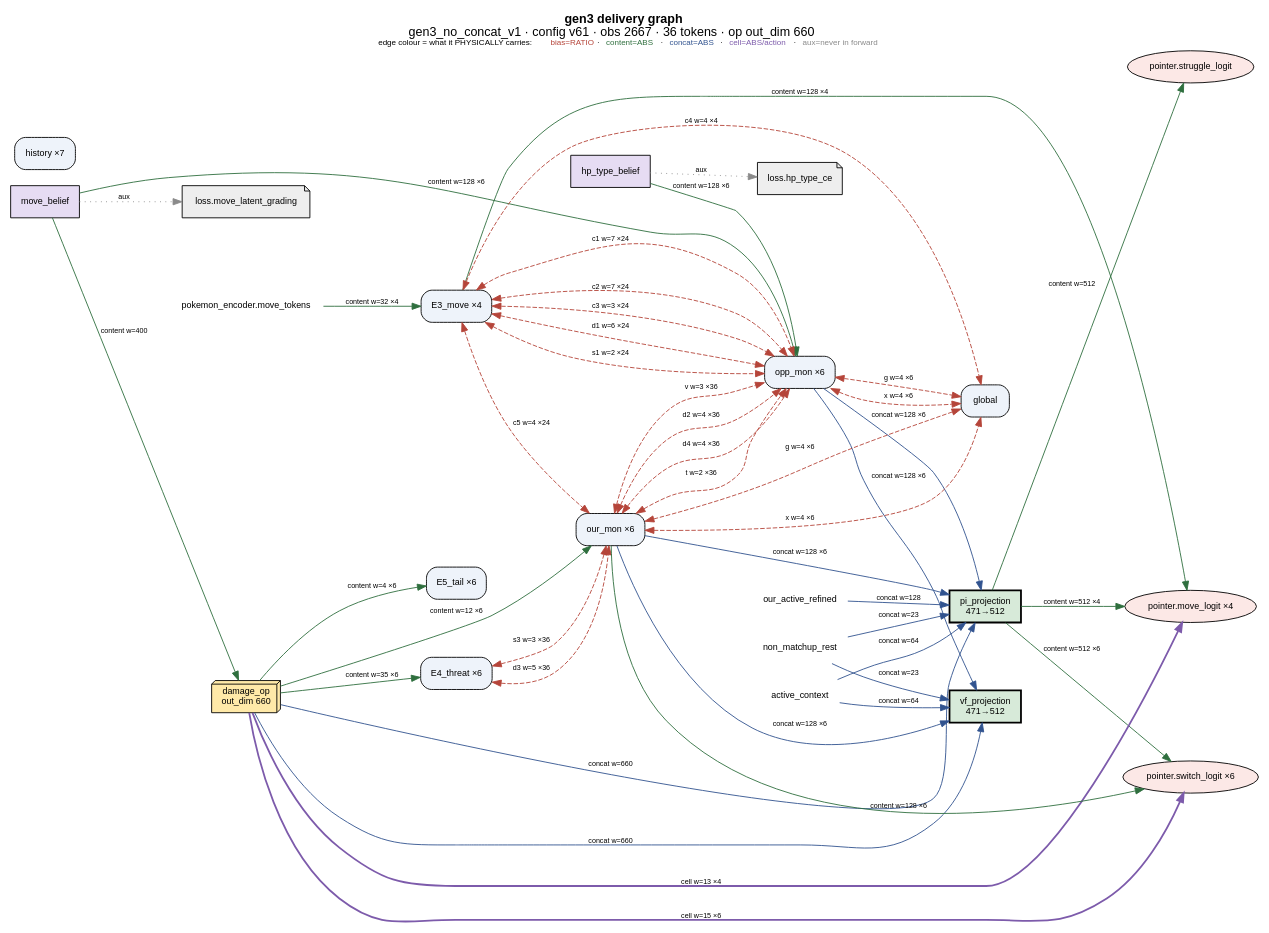
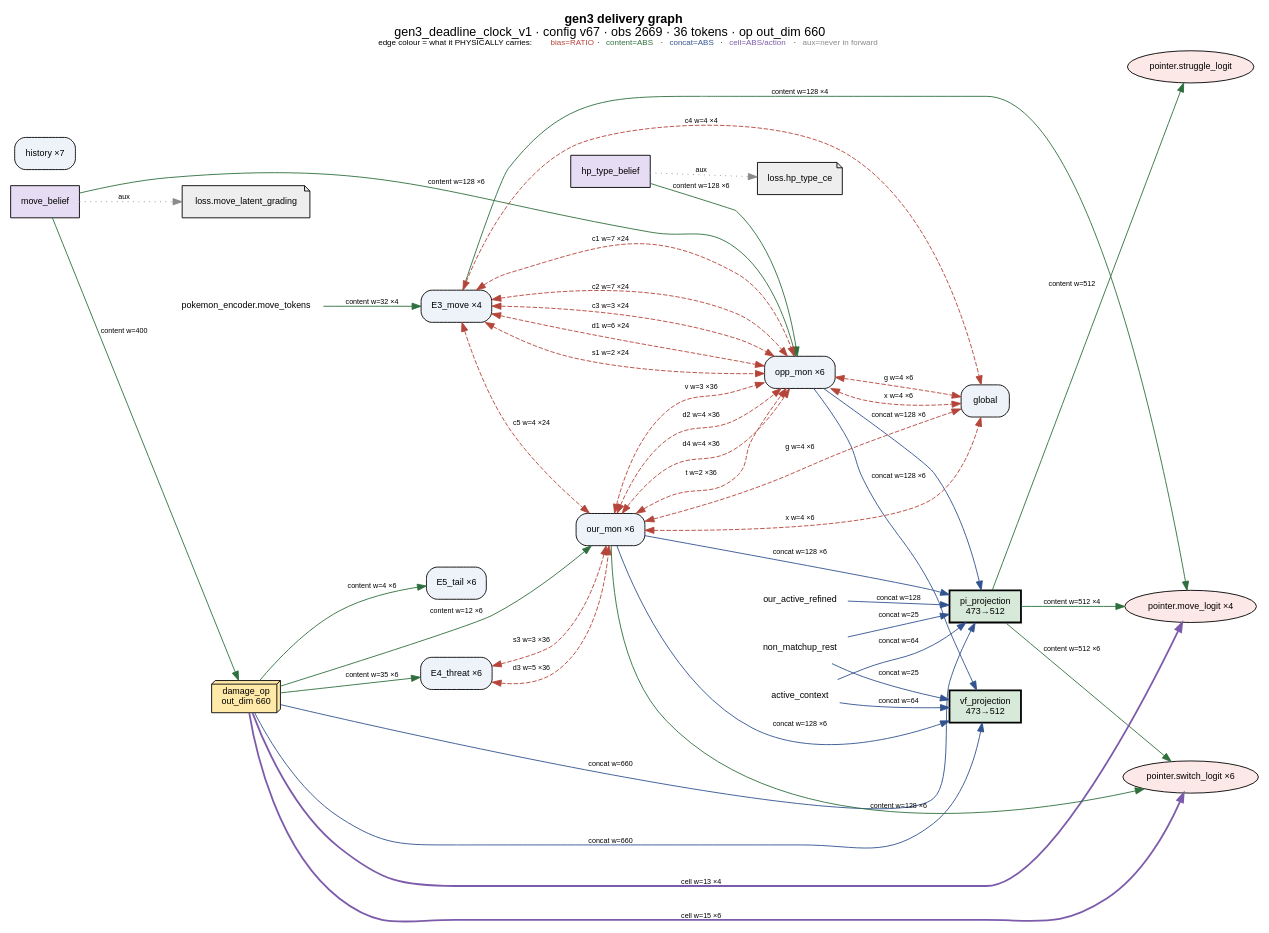
Before and after one commit to JGoodlad/gen3ai: the diagram in designs/architecture_graph.dot, drawn with Graphviz. The commit also changed 23 other files, not shown here.

Commit message:
feat(obs): deadline clock (v65) — give the critic resolution on the forfeit cap

```diff
--- a/designs/architecture_graph.dot
+++ b/designs/architecture_graph.dot
@@ -1,77 +1,77 @@
 digraph gen3_delivery {
   // GENERATED by src/agents/model/delivery_graph.py — do not edit by hand.
-  // config=production_config.json  arch=gen3_no_concat_v1  v61
+  // config=production_config.json  arch=gen3_deadline_clock_v1  v67
   rankdir=LR; splines=spline; fontname="Helvetica"; compound=true;
   node [fontname="Helvetica", fontsize=10];
   edge [fontname="Helvetica", fontsize=8];
 
   labelloc="t";
-  label=<<b>gen3 delivery graph</b><br/>gen3_no_concat_v1 · config v61 · obs 2667 · 36 tokens · op out_dim 660<br/><font point-size="9">edge colour = what it PHYSICALLY carries: <font color="#b5453a">bias=RATIO</font> · <font color="#2f6f3e">content=ABS</font> · <font color="#31538f">concat=ABS</font> · <font color="#7d5bab">cell=ABS/action</font> · <font color="#8a8a8a">aux=never in forward</font></font>>;
+  label=<<b>gen3 delivery graph</b><br/>gen3_deadline_clock_v1 · config v67 · obs 2669 · 36 tokens · op out_dim 660<br/><font point-size="9">edge colour = what it PHYSICALLY carries: <font color="#b5453a">bias=RATIO</font> · <font color="#2f6f3e">content=ABS</font> · <font color="#31538f">concat=ABS</font> · <font color="#7d5bab">cell=ABS/action</font> · <font color="#8a8a8a">aux=never in forward</font></font>>;
 
   "loss.hp_type_ce" [shape=note, style=filled, fillcolor="#eeeeee", label="loss.hp_type_ce"];
   "loss.move_latent_grading" [shape=note, style=filled, fillcolor="#eeeeee", label="loss.move_latent_grading"];
   "hp_type_belief" [shape=box, style=filled, fillcolor="#e6dcf3", label="hp_type_belief"];
   "move_belief" [shape=box, style=filled, fillcolor="#e6dcf3", label="move_belief"];
-  "pi_projection" [shape=box, style="filled,bold", fillcolor="#d7ead9", label="pi_projection\n471→512"];
-  "vf_projection" [shape=box, style="filled,bold", fillcolor="#d7ead9", label="vf_projection\n471→512"];
+  "pi_projection" [shape=box, style="filled,bold", fillcolor="#d7ead9", label="pi_projection\n473→512"];
+  "vf_projection" [shape=box, style="filled,bold", fillcolor="#d7ead9", label="vf_projection\n473→512"];
   "active_context" [shape=plaintext, label="active_context"];
   "non_matchup_rest" [shape=plaintext, label="non_matchup_rest"];
   "our_active_refined" [shape=plaintext, label="our_active_refined"];
   "pokemon_encoder.move_tokens" [shape=plaintext, label="pokemon_encoder.move_tokens"];
   "pointer.move_logit" [shape=ellipse, style=filled, fillcolor="#fce8e6", label="pointer.move_logit ×4"];
   "pointer.struggle_logit" [shape=ellipse, style=filled, fillcolor="#fce8e6", label="pointer.struggle_logit"];
   "pointer.switch_logit" [shape=ellipse, style=filled, fillcolor="#fce8e6", label="pointer.switch_logit ×6"];
   "damage_op" [shape=box3d, style=filled, fillcolor="#ffe9a8", label="damage_op\nout_dim 660"];
   "E3_move" [shape=box, style="rounded,filled", fillcolor="#eef3fa", label="E3_move ×4"];
   "E4_threat" [shape=box, style="rounded,filled", fillcolor="#eef3fa", label="E4_threat ×6"];
   "E5_tail" [shape=box, style="rounded,filled", fillcolor="#eef3fa", label="E5_tail ×6"];
   "global" [shape=box, style="rounded,filled", fillcolor="#eef3fa", label="global"];
   "history" [shape=box, style="rounded,filled", fillcolor="#eef3fa", label="history ×7"];
   "opp_mon" [shape=box, style="rounded,filled", fillcolor="#eef3fa", label="opp_mon ×6"];
   "our_mon" [shape=box, style="rounded,filled", fillcolor="#eef3fa", label="our_mon ×6"];
 
   "E3_move" -> "global" [color="#b5453a", style=dashed, label="c4 w=4 ×4", tooltip="RATIO · _EDGE_C4_CELL", dir=both];
   "E3_move" -> "opp_mon" [color="#b5453a", style=dashed, label="c1 w=7 ×24", tooltip="RATIO · _EDGE_C1_CELL", dir=both];
   "E3_move" -> "opp_mon" [color="#b5453a", style=dashed, label="c2 w=7 ×24", tooltip="RATIO · _EDGE_C2_CELL", dir=both];
   "E3_move" -> "opp_mon" [color="#b5453a", style=dashed, label="c3 w=3 ×24", tooltip="RATIO · _EDGE_C3_CELL", dir=both];
   "E3_move" -> "opp_mon" [color="#b5453a", style=dashed, label="d1 w=6 ×24", tooltip="RATIO · _EDGE_D1_CELL", dir=both];
   "E3_move" -> "opp_mon" [color="#b5453a", style=dashed, label="s1 w=2 ×24", tooltip="RATIO · _EDGE_S1_CELL", dir=both];
   "E3_move" -> "our_mon" [color="#b5453a", style=dashed, label="c5 w=4 ×24", tooltip="RATIO · _EDGE_C5_CELL", dir=both];
   "E3_move" -> "pointer.move_logit" [color="#2f6f3e", style=solid, label="content w=128 ×4", tooltip="ABS · pointer_move_token_dim"];
   "E4_threat" -> "our_mon" [color="#b5453a", style=dashed, label="d3 w=5 ×36", tooltip="RATIO · _EDGE_D3_CELL", dir=both];
   "E4_threat" -> "our_mon" [color="#b5453a", style=dashed, label="s3 w=3 ×36", tooltip="RATIO · _EDGE_S3_CELL", dir=both];
   "active_context" -> "pi_projection" [color="#31538f", style=solid, label="concat w=64", tooltip="ABS · 2 * ACTIVE_CTX_HIDDEN[-1]"];
   "active_context" -> "vf_projection" [color="#31538f", style=solid, label="concat w=64", tooltip="ABS · 2 * ACTIVE_CTX_HIDDEN[-1]"];
   "damage_op" -> "E4_threat" [color="#2f6f3e", style=solid, label="content w=35 ×6", tooltip="ABS · MOVE_LATENT_DIM + 3"];
   "damage_op" -> "E5_tail" [color="#2f6f3e", style=solid, label="content w=4 ×6", tooltip="ABS · _EDGE_TAIL_CELL(4)"];
   "damage_op" -> "our_mon" [color="#2f6f3e", style=solid, label="content w=12 ×6", tooltip="ABS · _DMG_PER_MON"];
   "damage_op" -> "pi_projection" [color="#31538f", style=solid, label="concat w=660", tooltip="ABS · DamageOperator.out_dim"];
   "damage_op" -> "pointer.move_logit" [color="#7d5bab", style=bold, label="cell w=13 ×4", tooltip="ABS/action · _PTR_MOVE_CELL"];
   "damage_op" -> "pointer.switch_logit" [color="#7d5bab", style=bold, label="cell w=15 ×6", tooltip="ABS/action · _PTR_SWITCH_CELL_IN"];
   "damage_op" -> "vf_projection" [color="#31538f", style=solid, label="concat w=660", tooltip="ABS · DamageOperator.out_dim"];
   "hp_type_belief" -> "loss.hp_type_ce" [color="#8a8a8a", style=dotted, label="aux", tooltip="train-only · training-only obs Dict key"];
   "hp_type_belief" -> "opp_mon" [color="#2f6f3e", style=solid, label="content w=128 ×6", tooltip="ABS · D_MODEL"];
   "move_belief" -> "damage_op" [color="#2f6f3e", style=solid, label="content w=400", tooltip="ABS · layout['max_moves']"];
   "move_belief" -> "loss.move_latent_grading" [color="#8a8a8a", style=dotted, label="aux", tooltip="train-only · training-only obs Dict key"];
   "move_belief" -> "opp_mon" [color="#2f6f3e", style=solid, label="content w=128 ×6", tooltip="ABS · D_MODEL"];
-  "non_matchup_rest" -> "pi_projection" [color="#31538f", style=solid, label="concat w=23", tooltip="ABS · GLOBAL_ENV_DIM + board scalars"];
-  "non_matchup_rest" -> "vf_projection" [color="#31538f", style=solid, label="concat w=23", tooltip="ABS · GLOBAL_ENV_DIM + board scalars"];
+  "non_matchup_rest" -> "pi_projection" [color="#31538f", style=solid, label="concat w=25", tooltip="ABS · GLOBAL_ENV_DIM + board scalars"];
+  "non_matchup_rest" -> "vf_projection" [color="#31538f", style=solid, label="concat w=25", tooltip="ABS · GLOBAL_ENV_DIM + board scalars"];
   "opp_mon" -> "global" [color="#b5453a", style=dashed, label="g w=4 ×6", tooltip="RATIO · _EDGE_G_CELL", dir=both];
   "opp_mon" -> "global" [color="#b5453a", style=dashed, label="x w=4 ×6", tooltip="RATIO · _EDGE_X_CELL", dir=both];
   "opp_mon" -> "pi_projection" [color="#31538f", style=solid, label="concat w=128 ×6", tooltip="ABS · D_MODEL"];
   "opp_mon" -> "vf_projection" [color="#31538f", style=solid, label="concat w=128 ×6", tooltip="ABS · D_MODEL"];
   "our_active_refined" -> "pi_projection" [color="#31538f", style=solid, label="concat w=128", tooltip="ABS · D_MODEL"];
   "our_mon" -> "global" [color="#b5453a", style=dashed, label="g w=4 ×6", tooltip="RATIO · _EDGE_G_CELL", dir=both];
   "our_mon" -> "global" [color="#b5453a", style=dashed, label="x w=4 ×6", tooltip="RATIO · _EDGE_X_CELL", dir=both];
   "our_mon" -> "opp_mon" [color="#b5453a", style=dashed, label="d2 w=4 ×36", tooltip="RATIO · _EDGE_D2_CELL", dir=both];
   "our_mon" -> "opp_mon" [color="#b5453a", style=dashed, label="d4 w=4 ×36", tooltip="RATIO · _EDGE_D4_CELL", dir=both];
   "our_mon" -> "opp_mon" [color="#b5453a", style=dashed, label="t w=2 ×36", tooltip="RATIO · _EDGE_T_CELL", dir=both];
   "our_mon" -> "opp_mon" [color="#b5453a", style=dashed, label="v w=3 ×36", tooltip="RATIO · _EDGE_V_CELL", dir=both];
   "our_mon" -> "pi_projection" [color="#31538f", style=solid, label="concat w=128 ×6", tooltip="ABS · D_MODEL"];
   "our_mon" -> "pointer.switch_logit" [color="#2f6f3e", style=solid, label="content w=128 ×6", tooltip="ABS · D_MODEL"];
   "our_mon" -> "vf_projection" [color="#31538f", style=solid, label="concat w=128 ×6", tooltip="ABS · D_MODEL"];
   "pi_projection" -> "pointer.move_logit" [color="#2f6f3e", style=solid, label="content w=512 ×4", tooltip="ABS · NET_ARCH[-1]"];
   "pi_projection" -> "pointer.struggle_logit" [color="#2f6f3e", style=solid, label="content w=512", tooltip="ABS · NET_ARCH[-1]"];
   "pi_projection" -> "pointer.switch_logit" [color="#2f6f3e", style=solid, label="content w=512 ×6", tooltip="ABS · NET_ARCH[-1]"];
   "pokemon_encoder.move_tokens" -> "E3_move" [color="#2f6f3e", style=solid, label="content w=32 ×4", tooltip="ABS · MOVE_NET_HIDDEN[1]"];
 }
```
